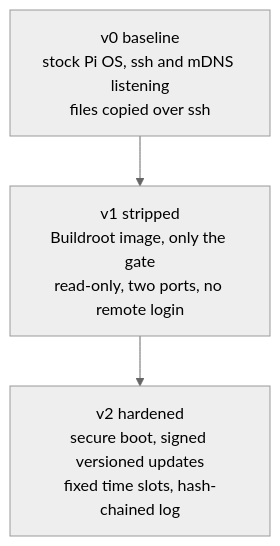
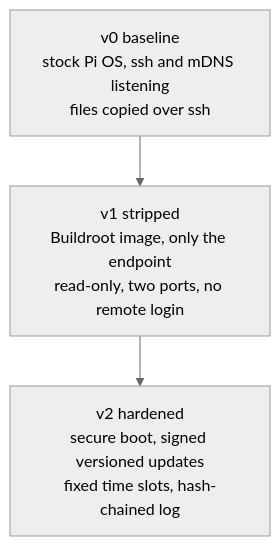
One commit to 0x471/fasr-proof-gated-egress changed the diagram in book/diagrams/ladder.mmd. Above: the diagram before and after it, drawn with Mermaid (neutral theme). The commit also changed 82 other files, not shown here.

Commit message:
refactor: rename the gate to the endpoint throughout

```diff
--- a/book/diagrams/ladder.mmd
+++ b/book/diagrams/ladder.mmd
@@ -1,3 +1,3 @@
 flowchart TD
-    V0["v0 baseline<br/>stock Pi OS, ssh and mDNS listening<br/>files copied over ssh"] --> V1["v1 stripped<br/>Buildroot image, only the gate<br/>read-only, two ports, no remote login"]
+    V0["v0 baseline<br/>stock Pi OS, ssh and mDNS listening<br/>files copied over ssh"] --> V1["v1 stripped<br/>Buildroot image, only the endpoint<br/>read-only, two ports, no remote login"]
     V1 --> V2["v2 hardened<br/>secure boot, signed versioned updates<br/>fixed time slots, hash-chained log"]
```
